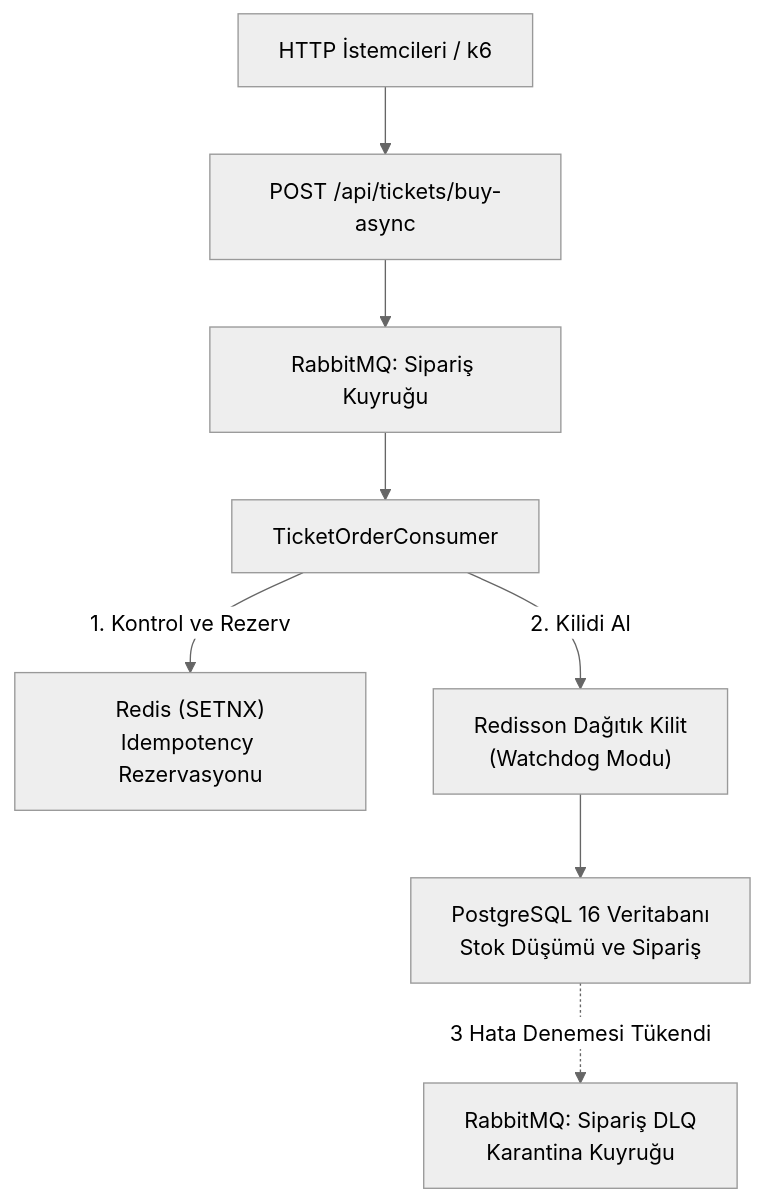
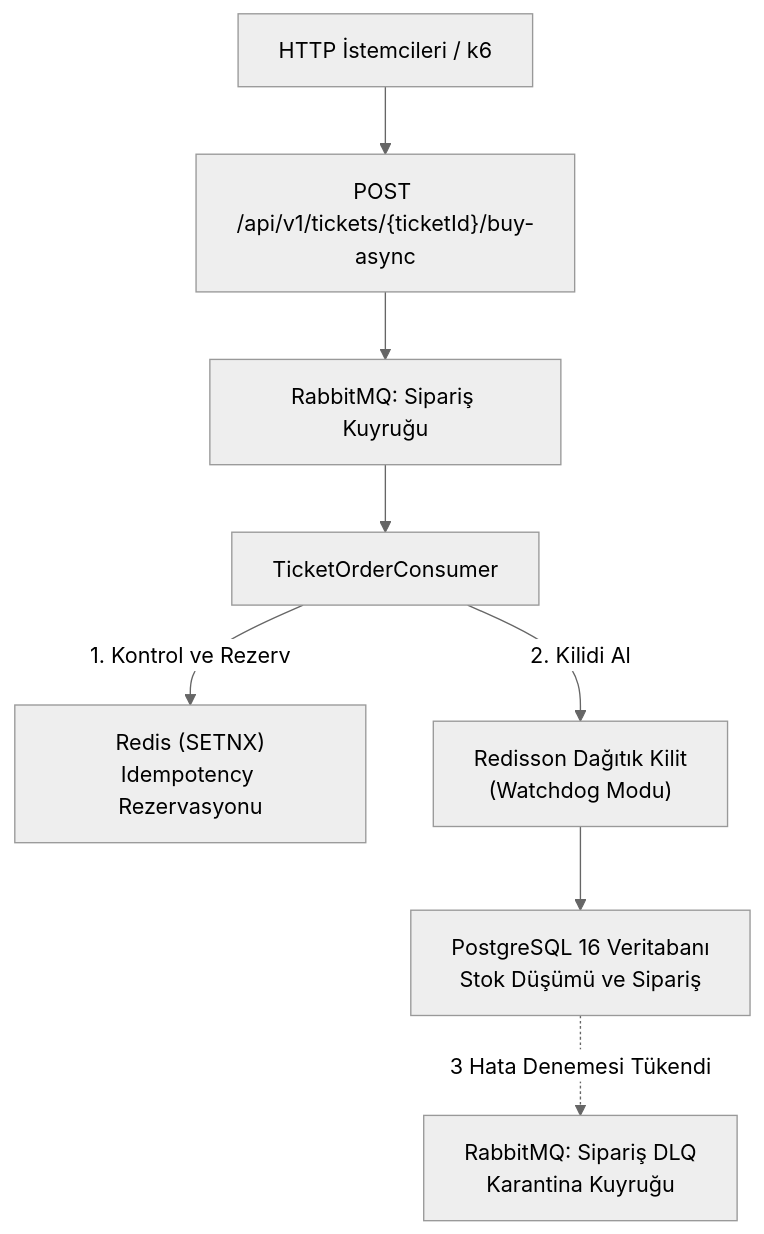
Before and after one commit to sahin-oguzhan/flash-ticket-engine: the second of 2 diagrams in README.md, drawn with Mermaid (neutral theme). The commit also changed other lines of this file, not shown here.

Commit message:
docs: add bilingual API reference and fix endpoint paths in README

````diff
--- a/README.md
+++ b/README.md
@@ -133,12 +236,12 @@
 ```mermaid
 flowchart TD
-    Client["HTTP İstemcileri / k6"] --> API["POST /api/tickets/buy-async"]
+    Client["HTTP İstemcileri / k6"] --> API["POST /api/v1/tickets/{ticketId}/buy-async"]
     API --> Queue["RabbitMQ: Sipariş Kuyruğu"]
     Queue --> Consumer["TicketOrderConsumer"]
     
     Consumer -->|1. Kontrol ve Rezerv| Redis["Redis (SETNX)<br/>Idempotency Rezervasyonu"]
     Consumer -->|2. Kilidi Al| Lock["Redisson Dağıtık Kilit<br/>(Watchdog Modu)"]
     
     Lock --> DB["PostgreSQL 16 Veritabanı<br/>Stok Düşümü ve Sipariş"]
     DB -.->|3 Hata Denemesi Tükendi| DLQ["RabbitMQ: Sipariş DLQ<br/>Karantina Kuyruğu"]
 ```
````
